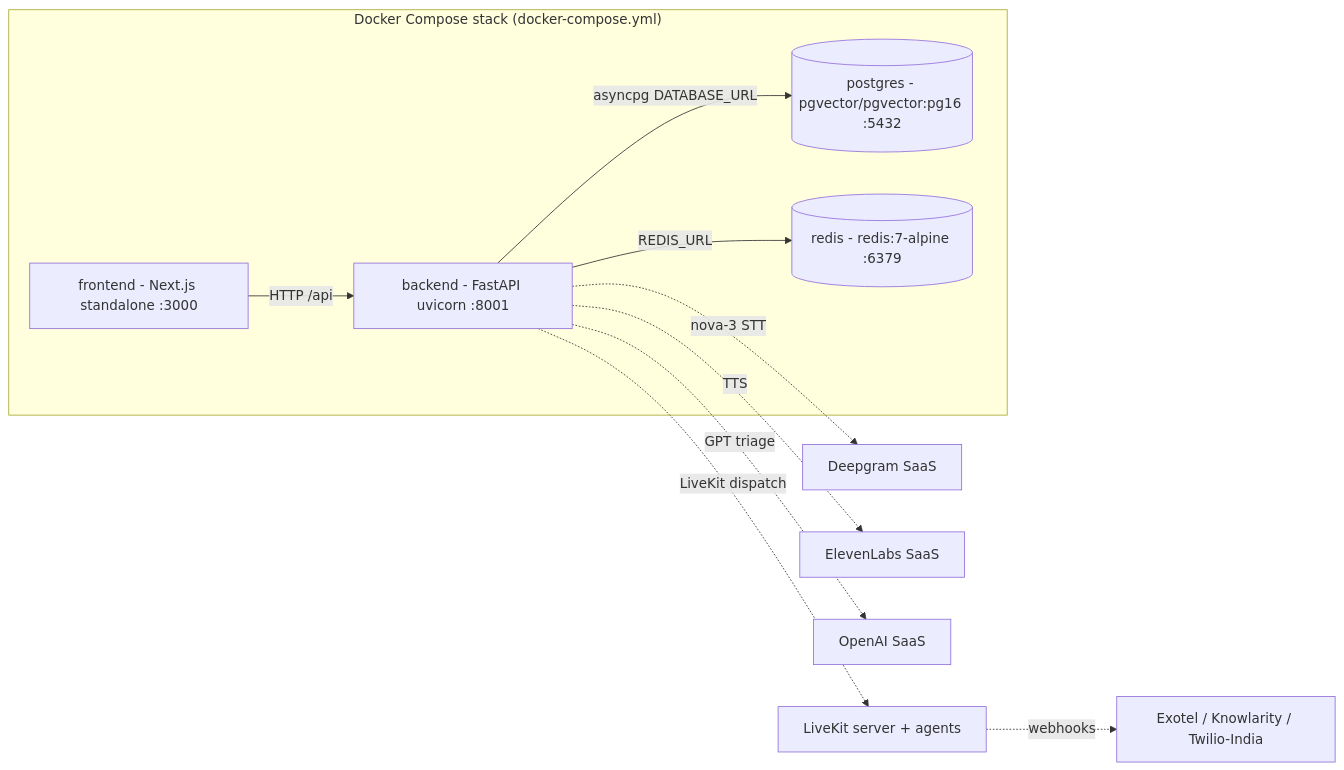
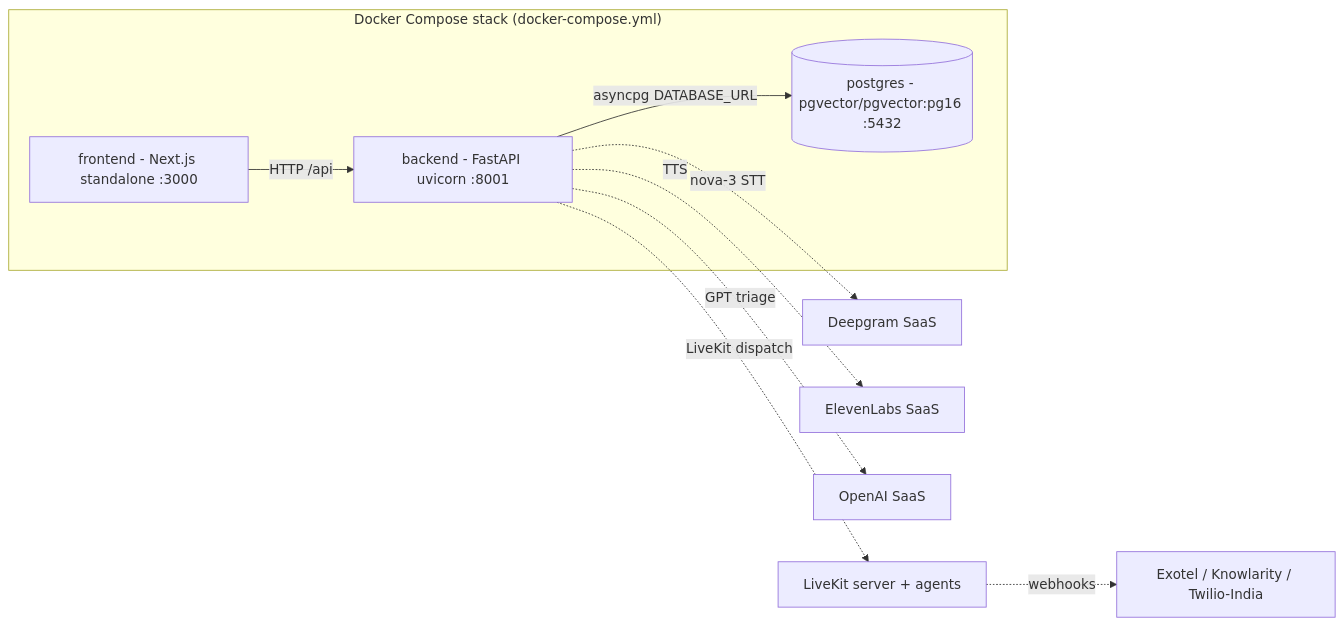
The diagram in docs/uml/05-deployment.md (ajayspi/MediCall-AI), drawn with Mermaid before and after one commit. The commit also changed other lines of this file and 14 other files, not shown here.

````diff
--- a/docs/uml/05-deployment.md
+++ b/docs/uml/05-deployment.md
@@ -3,13 +3,12 @@
 ```mermaid
 flowchart LR
     subgraph COMPOSE["Docker Compose stack (docker-compose.yml)"]
         FE["frontend - Next.js standalone :3000"] -->|HTTP /api| BE["backend - FastAPI uvicorn :8001"]
         BE -->|"asyncpg DATABASE_URL"| PG[("postgres - pgvector/pgvector:pg16 :5432")]
-        BE -->|"REDIS_URL"| RD[("redis - redis:7-alpine :6379")]
     end
     BE -.->|LiveKit dispatch| LK["LiveKit server + agents"]
     BE -.->|nova-3 STT| DG["Deepgram SaaS"]
     BE -.->|TTS| EL["ElevenLabs SaaS"]
     BE -.->|GPT triage| OA["OpenAI SaaS"]
     LK -.->|webhooks| TP["Exotel / Knowlarity / Twilio-India"]
 ```
````
